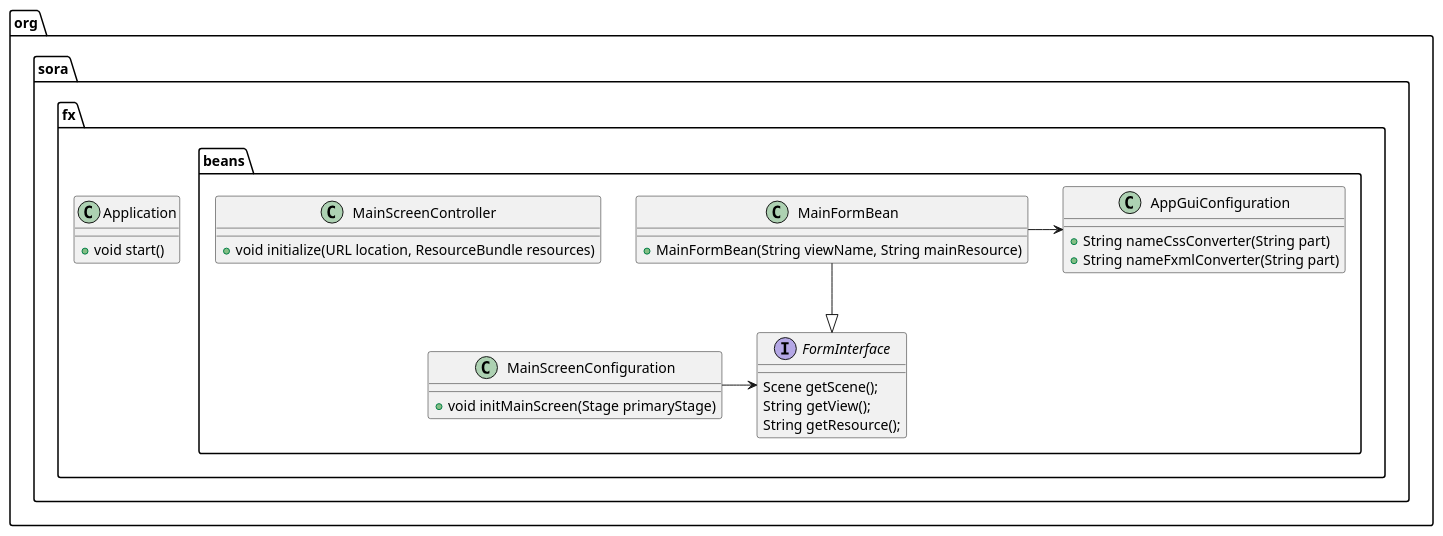
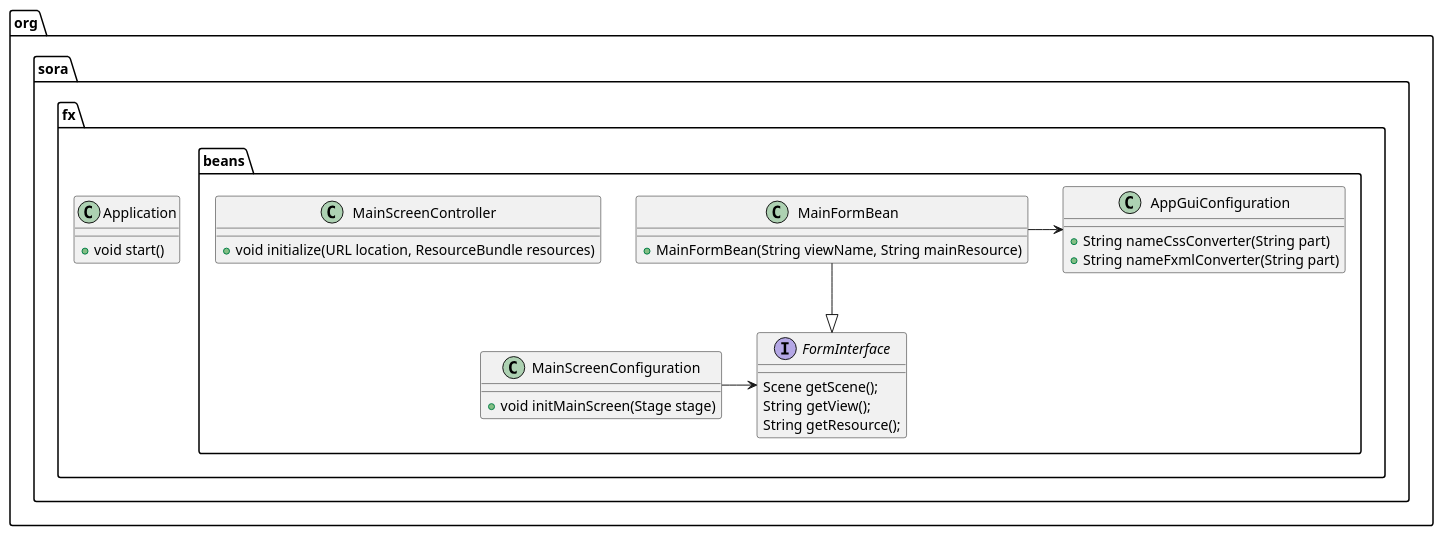
The diagram in fx_gui.puml (Sergerg/sora2), drawn with PlantUML before and after one commit. The commit also changed 4 other files, not shown here.

```diff
--- a/fx_gui.puml
+++ b/fx_gui.puml
@@ -1,40 +1,40 @@
 @startuml
 
 package org.sora.fx {
  class Application {
   +void start()
  }
 }
 
 package org.sora.fx.beans {
  class AppGuiConfiguration {
   +String nameCssConverter(String part)
   +String nameFxmlConverter(String part)
  }
 
  interface FormInterface {
   Scene getScene();
   String getView();
   String getResource();
  }
 
  class MainFormBean {
   +MainFormBean(String viewName, String mainResource)
  }
 
  class MainScreenController {
   +void initialize(URL location, ResourceBundle resources)
  }
 
  class MainScreenConfiguration {
-  +void initMainScreen(Stage primaryStage)
+  +void initMainScreen(Stage stage)
  }
 }
 
 MainFormBean -down-|> FormInterface
 
 MainFormBean -> AppGuiConfiguration
 
 MainScreenConfiguration -> FormInterface
 
 @enduml
```
